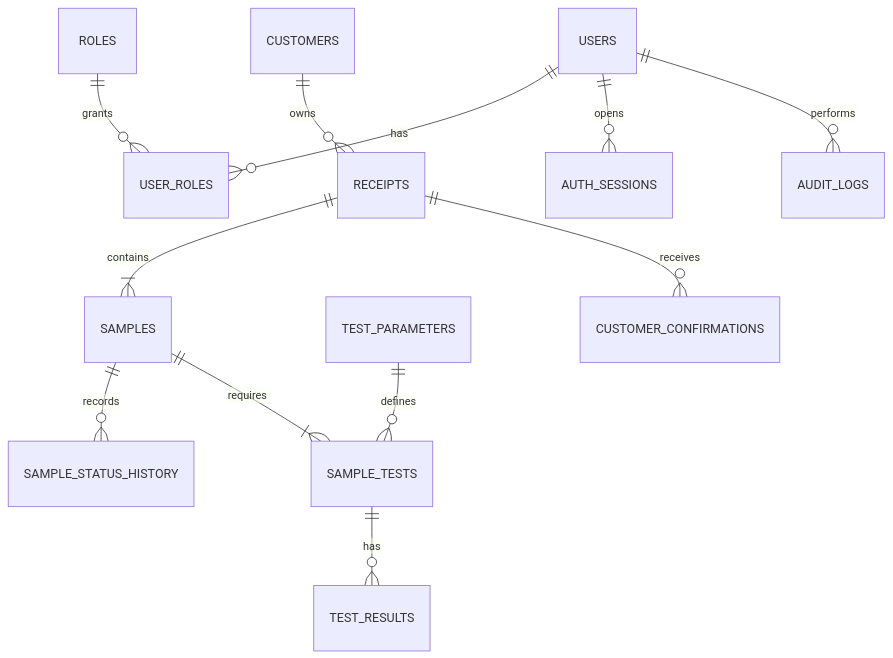
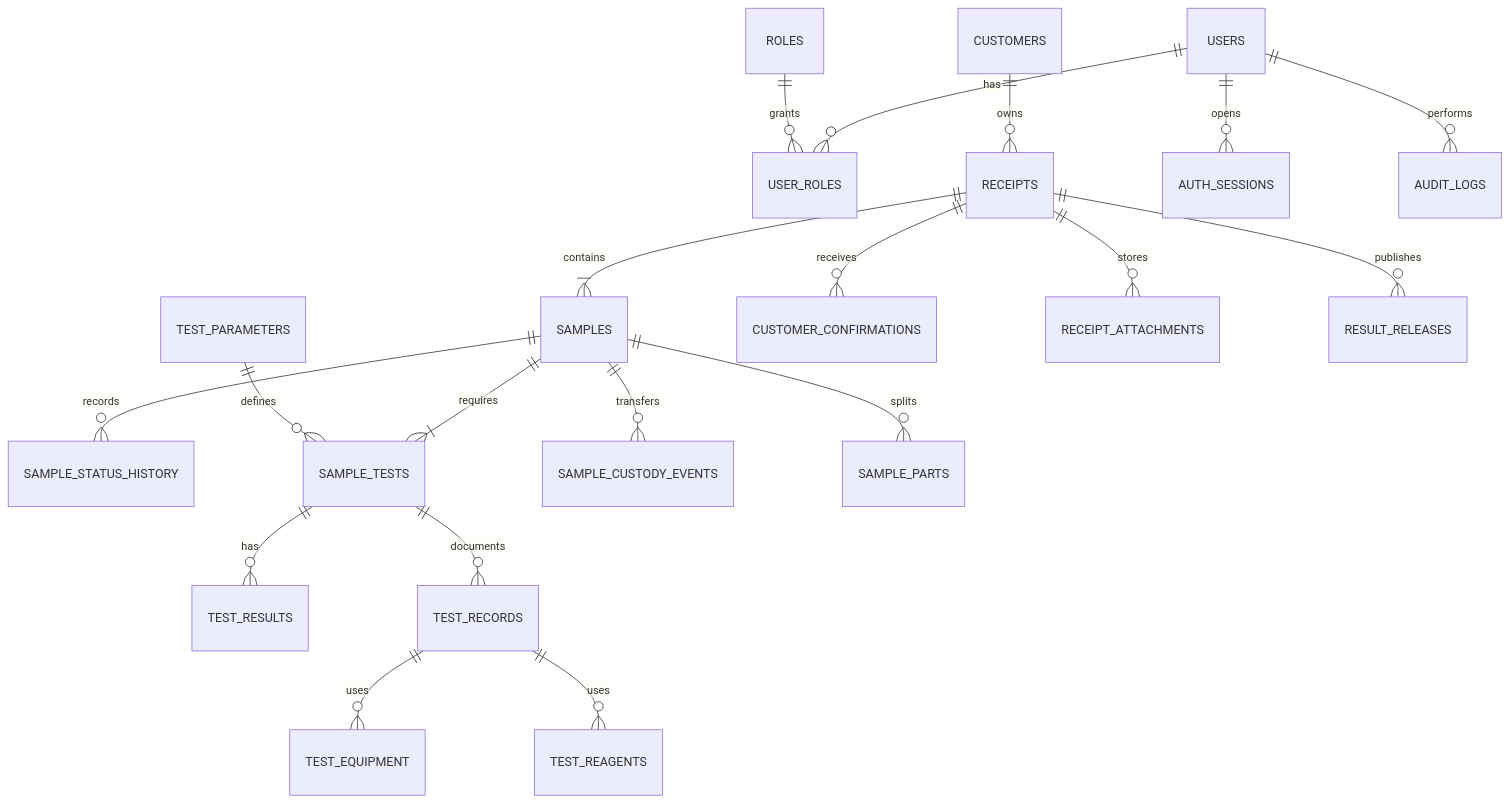
One commit to ThuanNgcodelor/KCSLab changed the diagram in docs/DATABASE.md. Above: the diagram before and after it, drawn with Mermaid. The commit also changed other lines of this file and 14 other files, not shown here.

````diff
--- a/docs/DATABASE.md
+++ b/docs/DATABASE.md
@@ -11,14 +11,21 @@
 ```mermaid
 erDiagram
     USERS ||--o{ USER_ROLES : has
     ROLES ||--o{ USER_ROLES : grants
     CUSTOMERS ||--o{ RECEIPTS : owns
     RECEIPTS ||--|{ SAMPLES : contains
     SAMPLES ||--o{ SAMPLE_STATUS_HISTORY : records
     SAMPLES ||--|{ SAMPLE_TESTS : requires
     TEST_PARAMETERS ||--o{ SAMPLE_TESTS : defines
     SAMPLE_TESTS ||--o{ TEST_RESULTS : has
     USERS ||--o{ AUTH_SESSIONS : opens
     USERS ||--o{ AUDIT_LOGS : performs
     RECEIPTS ||--o{ CUSTOMER_CONFIRMATIONS : receives
+    RECEIPTS ||--o{ RECEIPT_ATTACHMENTS : stores
+    SAMPLES ||--o{ SAMPLE_CUSTODY_EVENTS : transfers
+    SAMPLES ||--o{ SAMPLE_PARTS : splits
+    SAMPLE_TESTS ||--o{ TEST_RECORDS : documents
+    TEST_RECORDS ||--o{ TEST_EQUIPMENT : uses
+    TEST_RECORDS ||--o{ TEST_REAGENTS : uses
+    RECEIPTS ||--o{ RESULT_RELEASES : publishes
 ```
````
